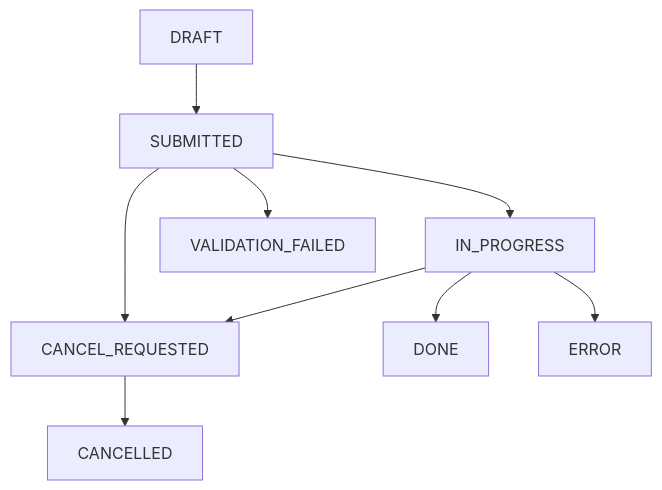
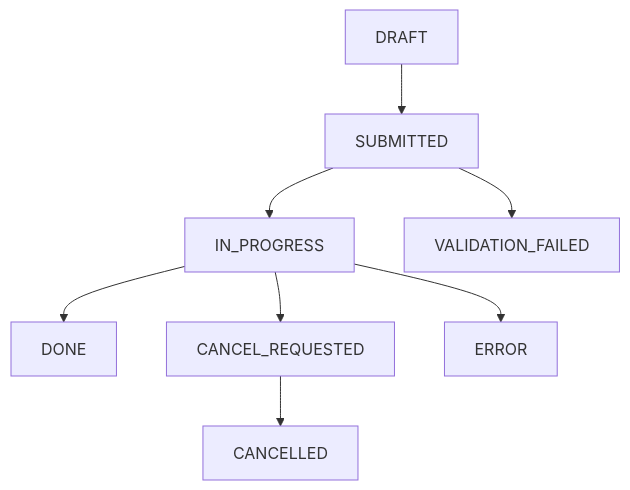
One commit to oleksiy-sayankin/mdds changed the first of 2 diagrams in ARCHITECTURE.md. Above: the diagram before and after it, drawn with Mermaid. The commit also changed other lines of this file and 21 other files, not shown here.

````diff
--- a/ARCHITECTURE.md
+++ b/ARCHITECTURE.md
@@ -147,11 +149,10 @@
 ```mermaid
 graph TD;
     DRAFT-->SUBMITTED;
     SUBMITTED-->IN_PROGRESS;
     SUBMITTED-->VALIDATION_FAILED;
-    SUBMITTED-->CANCEL_REQUESTED;
     IN_PROGRESS-->DONE;
     IN_PROGRESS-->CANCEL_REQUESTED;
     CANCEL_REQUESTED-->CANCELLED
     IN_PROGRESS-->ERROR;
 ```
````
